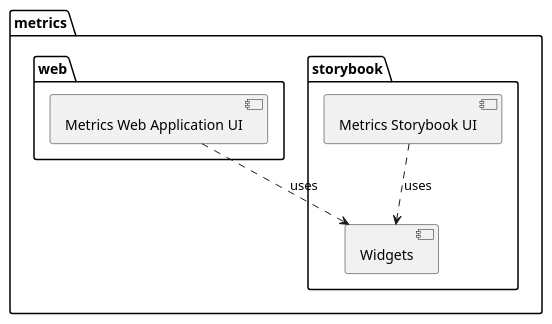
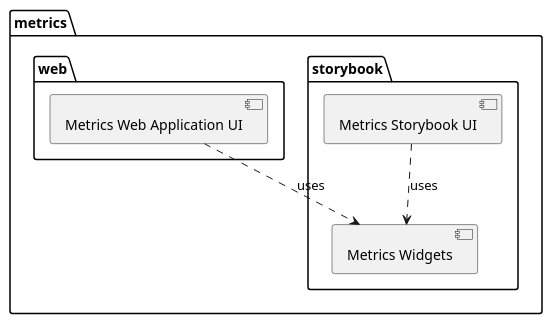
The diagram in metrics/web/docs/features/storybook/diagrams/metrics_storybook_web_relation_diagram.puml (Flank/flank-dashboard), drawn with PlantUML before and after one commit.

Commit message:
Fix naming in the diagram

```diff
--- a/metrics/web/docs/features/storybook/diagrams/metrics_storybook_web_relation_diagram.puml
+++ b/metrics/web/docs/features/storybook/diagrams/metrics_storybook_web_relation_diagram.puml
@@ -1,13 +1,13 @@
 @startuml metrics_storybook_web_relation_diagram
 
 package "metrics" {
   package "storybook" {
-    [Metrics Storybook UI] ..> [Widgets] : uses
+    [Metrics Storybook UI] ..> [Metrics Widgets] : uses
   }
 
   package "web" {
-    [Metrics Web Application UI] ..> [Widgets] : uses
+    [Metrics Web Application UI] ..> [Metrics Widgets] : uses
   }
 }
 
 @enduml
```
